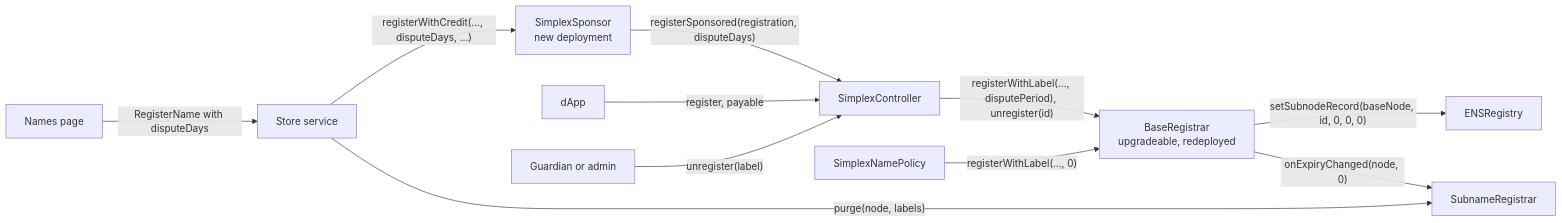
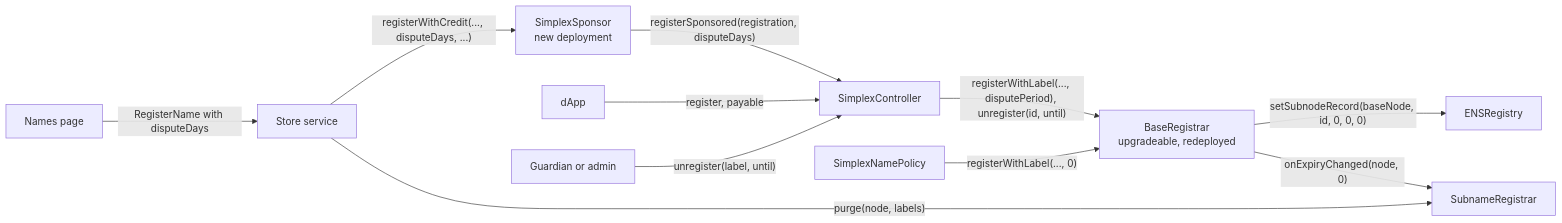
The third of 3 diagrams in docs/plans/dispute-period.md (brenzi/simplex-namespace-contract), drawn with Mermaid before and after one commit. The commit also changed other lines of this file and 5 other files, not shown here.

Commit message:
docs: dispute period after review round 3: unregister bound to the dispute end, terms, owner's answers

````diff
--- a/docs/plans/dispute-period.md
+++ b/docs/plans/dispute-period.md
@@ -138,13 +144,13 @@
 ```mermaid
 flowchart LR
   page["Names page"] -->|"RegisterName with disputeDays"| service["Store service"]
   service -->|"registerWithCredit(..., disputeDays, ...)"| sponsor["SimplexSponsor<br/>new deployment"]
   sponsor -->|"registerSponsored(registration, disputeDays)"| controller["SimplexController"]
   dapp["dApp"] -->|"register, payable"| controller
-  guardian["Guardian or admin"] -->|"unregister(label)"| controller
-  controller -->|"registerWithLabel(..., disputePeriod), unregister(id)"| registrar["BaseRegistrar<br/>upgradeable, redeployed"]
+  guardian["Guardian or admin"] -->|"unregister(label, until)"| controller
+  controller -->|"registerWithLabel(..., disputePeriod), unregister(id, until)"| registrar["BaseRegistrar<br/>upgradeable, redeployed"]
   policy["SimplexNamePolicy"] -->|"registerWithLabel(..., 0)"| registrar
   registrar -->|"setSubnodeRecord(baseNode, id, 0, 0, 0)"| registry["ENSRegistry"]
   registrar -->|"onExpiryChanged(node, 0)"| subnames["SubnameRegistrar"]
   service -->|"purge(node, labels)"| subnames
 ```
````
